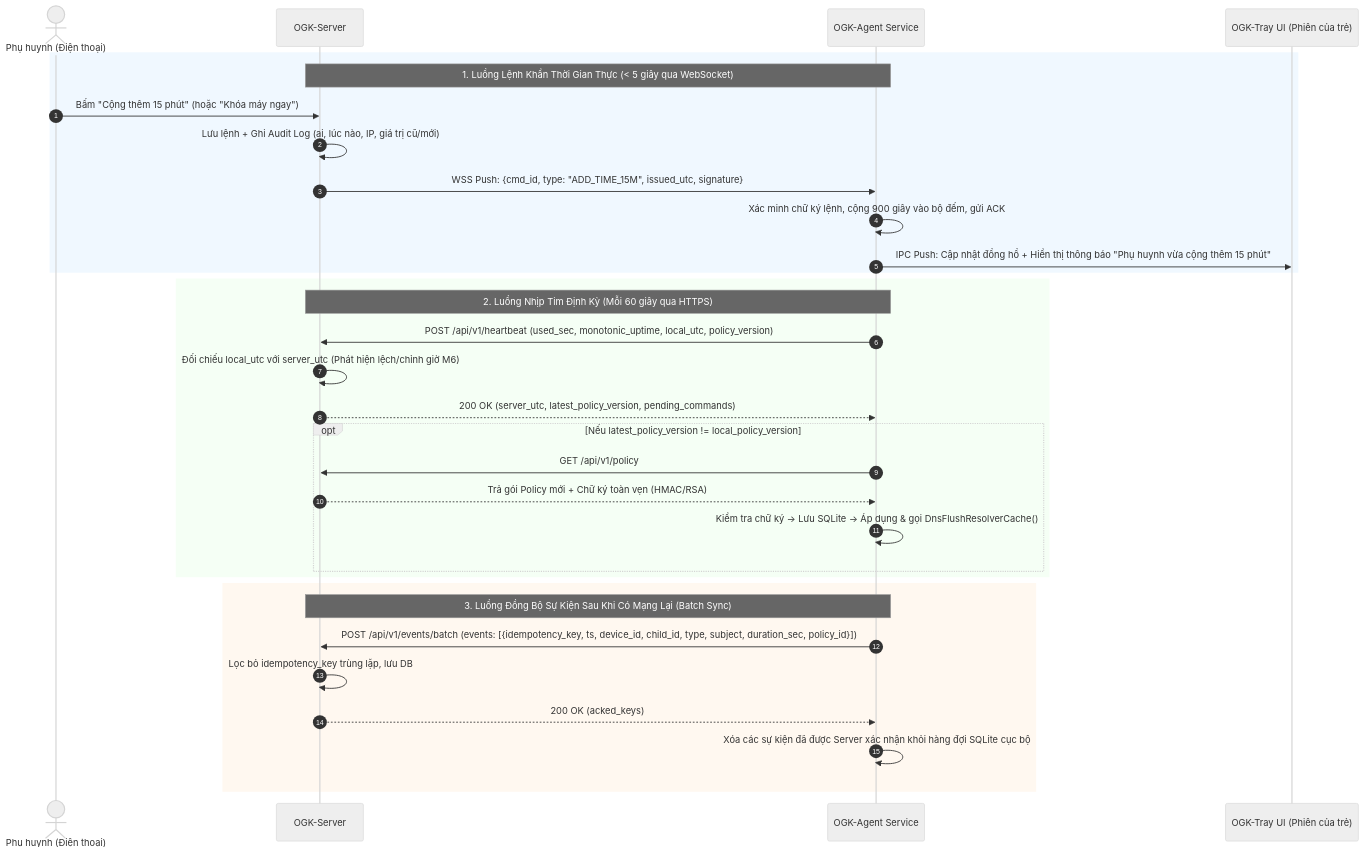
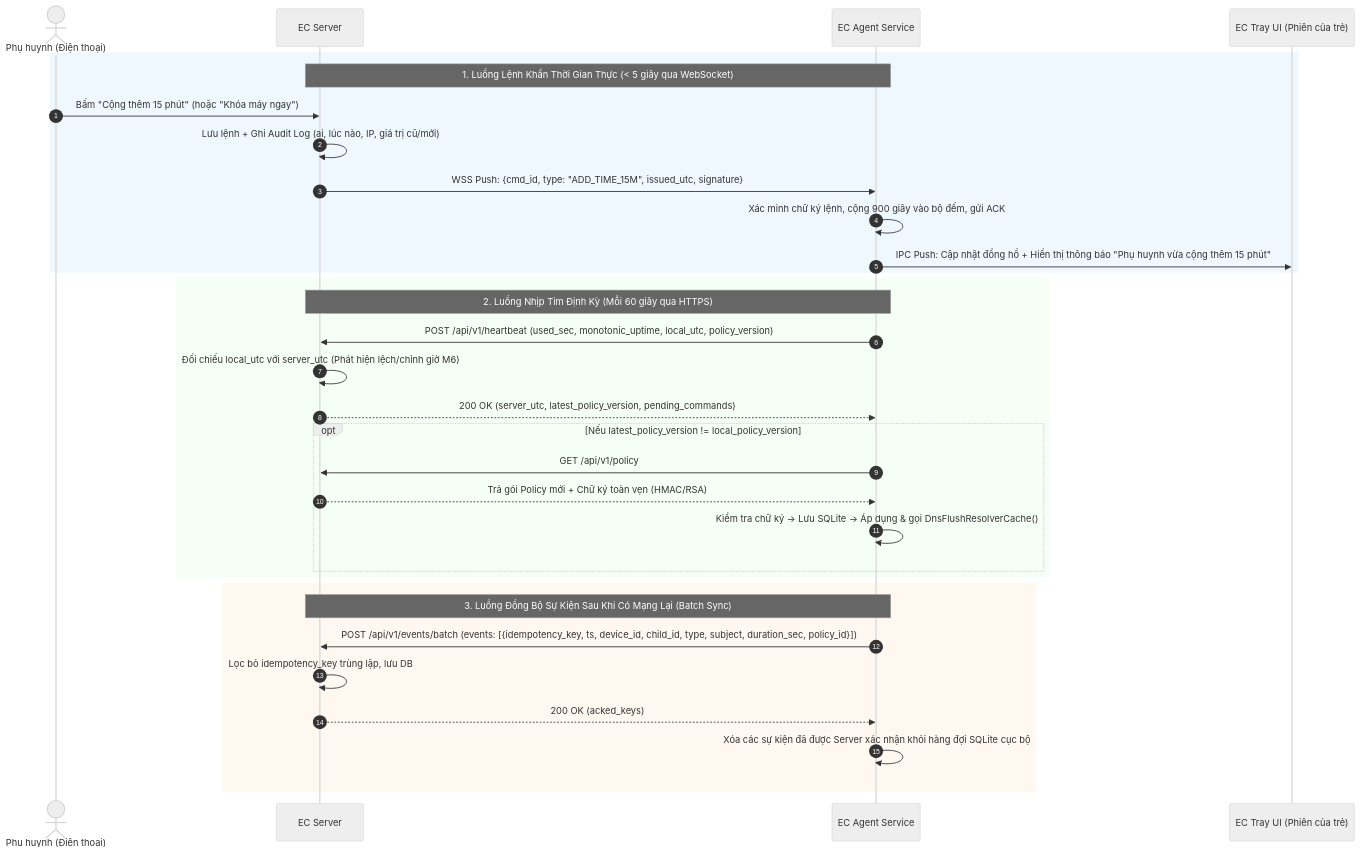
The fourth of 5 diagrams in docs/architecture.md (sanhkhoa57/Echo-Kiddo), drawn with Mermaid (neutral theme) before and after one commit. The commit also changed other lines of this file and 59 other files, not shown here.

````diff
--- a/docs/architecture.md
+++ b/docs/architecture.md
@@ -229,37 +229,37 @@
 ```mermaid
 sequenceDiagram
     autonumber
     actor Parent as Phụ huynh (Điện thoại)
-    participant Server as OGK-Server
-    participant Agent as OGK-Agent Service
-    participant Tray as OGK-Tray UI (Phiên của trẻ)
+    participant Server as EC Server
+    participant Agent as EC Agent Service
+    participant Tray as EC Tray UI (Phiên của trẻ)
 
     rect rgb(240, 248, 255)
         Note over Agent,Server: 1. Luồng Lệnh Khẩn Thời Gian Thực (< 5 giây qua WebSocket)
         Parent->>Server: Bấm "Cộng thêm 15 phút" (hoặc "Khóa máy ngay")
         Server->>Server: Lưu lệnh + Ghi Audit Log (ai, lúc nào, IP, giá trị cũ/mới)
         Server->>Agent: WSS Push: {cmd_id, type: "ADD_TIME_15M", issued_utc, signature}
         Agent->>Agent: Xác minh chữ ký lệnh, cộng 900 giây vào bộ đếm, gửi ACK
         Agent->>Tray: IPC Push: Cập nhật đồng hồ + Hiển thị thông báo "Phụ huynh vừa cộng thêm 15 phút"
     end
 
     rect rgb(245, 255, 245)
         Note over Agent,Server: 2. Luồng Nhịp Tim Định Kỳ (Mỗi 60 giây qua HTTPS)
         Agent->>Server: POST /api/v1/heartbeat (used_sec, monotonic_uptime, local_utc, policy_version)
         Server->>Server: Đối chiếu local_utc với server_utc (Phát hiện lệch/chỉnh giờ M6)
         Server-->>Agent: 200 OK (server_utc, latest_policy_version, pending_commands)
         opt Nếu latest_policy_version != local_policy_version
             Agent->>Server: GET /api/v1/policy
             Server-->>Agent: Trả gói Policy mới + Chữ ký toàn vẹn (HMAC/RSA)
             Agent->>Agent: Kiểm tra chữ ký -> Lưu SQLite -> Áp dụng & gọi DnsFlushResolverCache()
         end
     end
 
     rect rgb(255, 248, 240)
         Note over Agent,Server: 3. Luồng Đồng Bộ Sự Kiện Sau Khi Có Mạng Lại (Batch Sync)
         Agent->>Server: POST /api/v1/events/batch (events: [{idempotency_key, ts, device_id, child_id, type, subject, duration_sec, policy_id}])
         Server->>Server: Lọc bỏ idempotency_key trùng lặp, lưu DB
         Server-->>Agent: 200 OK (acked_keys)
         Agent->>Agent: Xóa các sự kiện đã được Server xác nhận khỏi hàng đợi SQLite cục bộ
     end
 ```
````
